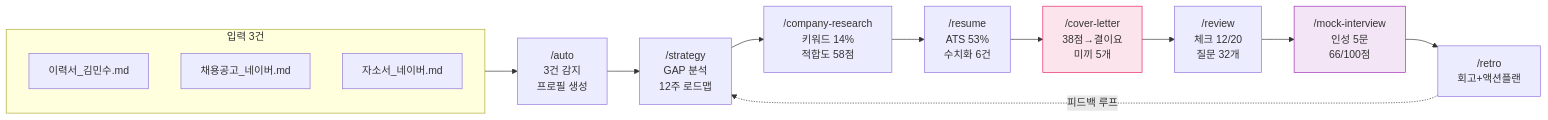
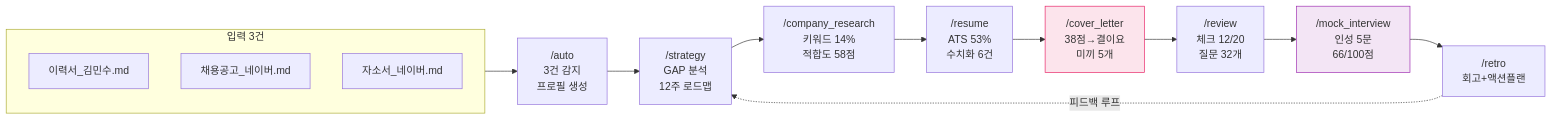
The third of 3 diagrams in README.md (wogho/jobstack), drawn with Mermaid before and after one commit. The commit also changed other lines of this file and 5 other files, not shown here.

First line of the commit message:
fix(skills): 리뷰 반영 — mock-interview 잔존 표기·README 명령 정책 정합·표기 lint 신설

````diff
--- a/README.md
+++ b/README.md
@@ -226,23 +229,23 @@
 ```mermaid
 flowchart LR
     subgraph 입력["입력 3건"]
         IN1["이력서_김민수.md"]
         IN2["채용공고_네이버.md"]
         IN3["자소서_네이버.md"]
     end
 
     S1["/auto<br/>3건 감지<br/>프로필 생성"]
     S2["/strategy<br/>GAP 분석<br/>12주 로드맵"]
-    S3["/company-research<br/>키워드 14%<br/>적합도 58점"]
+    S3["/company_research<br/>키워드 14%<br/>적합도 58점"]
     S4["/resume<br/>ATS 53%<br/>수치화 6건"]
-    S5["/cover-letter<br/>38점→결이요<br/>미끼 5개"]
+    S5["/cover_letter<br/>38점→결이요<br/>미끼 5개"]
     S6["/review<br/>체크 12/20<br/>질문 32개"]
-    S7["/mock-interview<br/>인성 5문<br/>66/100점"]
+    S7["/mock_interview<br/>인성 5문<br/>66/100점"]
     S8["/retro<br/>회고+액션플랜"]
 
     입력 --> S1 --> S2 --> S3 --> S4 --> S5 --> S6 --> S7 --> S8
     S8 -.-> |"피드백 루프"| S2
 
     style S5 fill:#FCE4EC,stroke:#E91E63
     style S7 fill:#F3E5F5,stroke:#9C27B0
 ```
````
